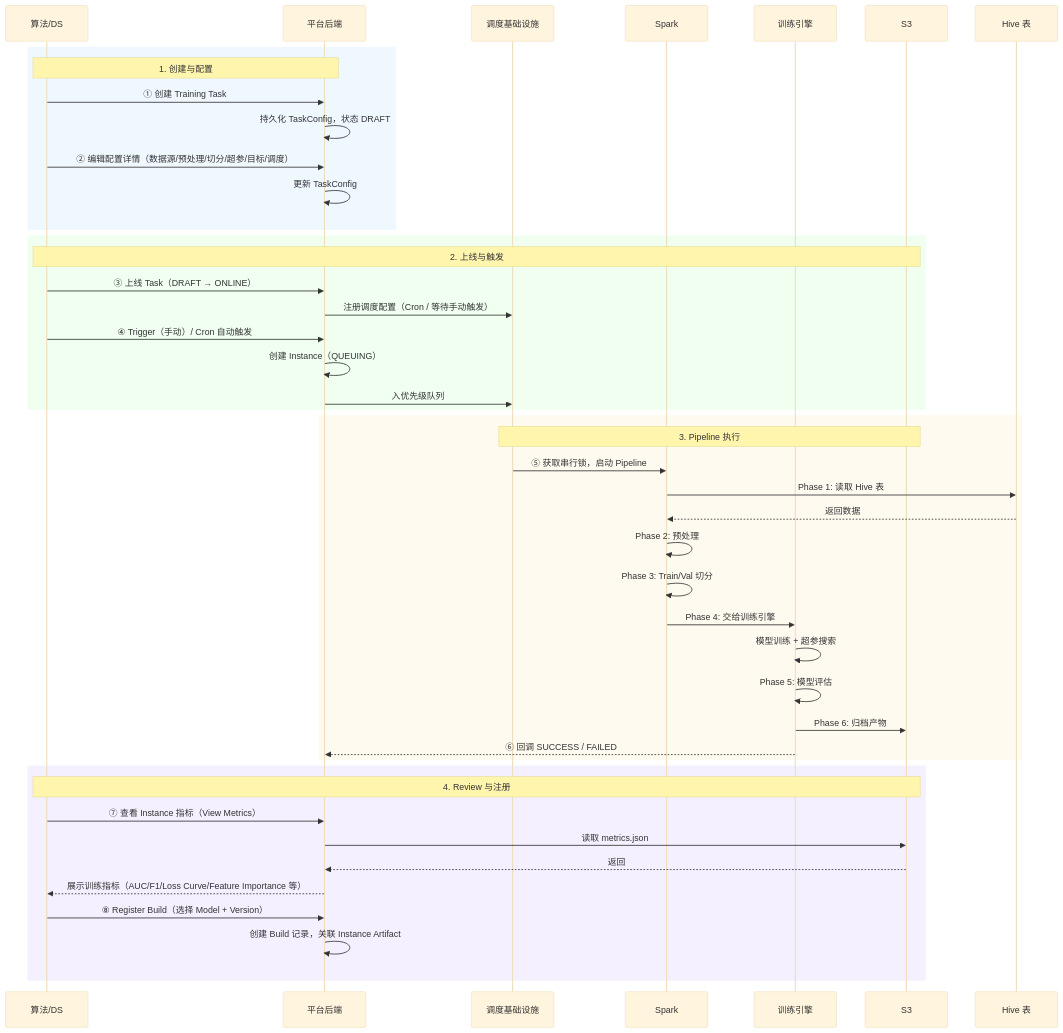
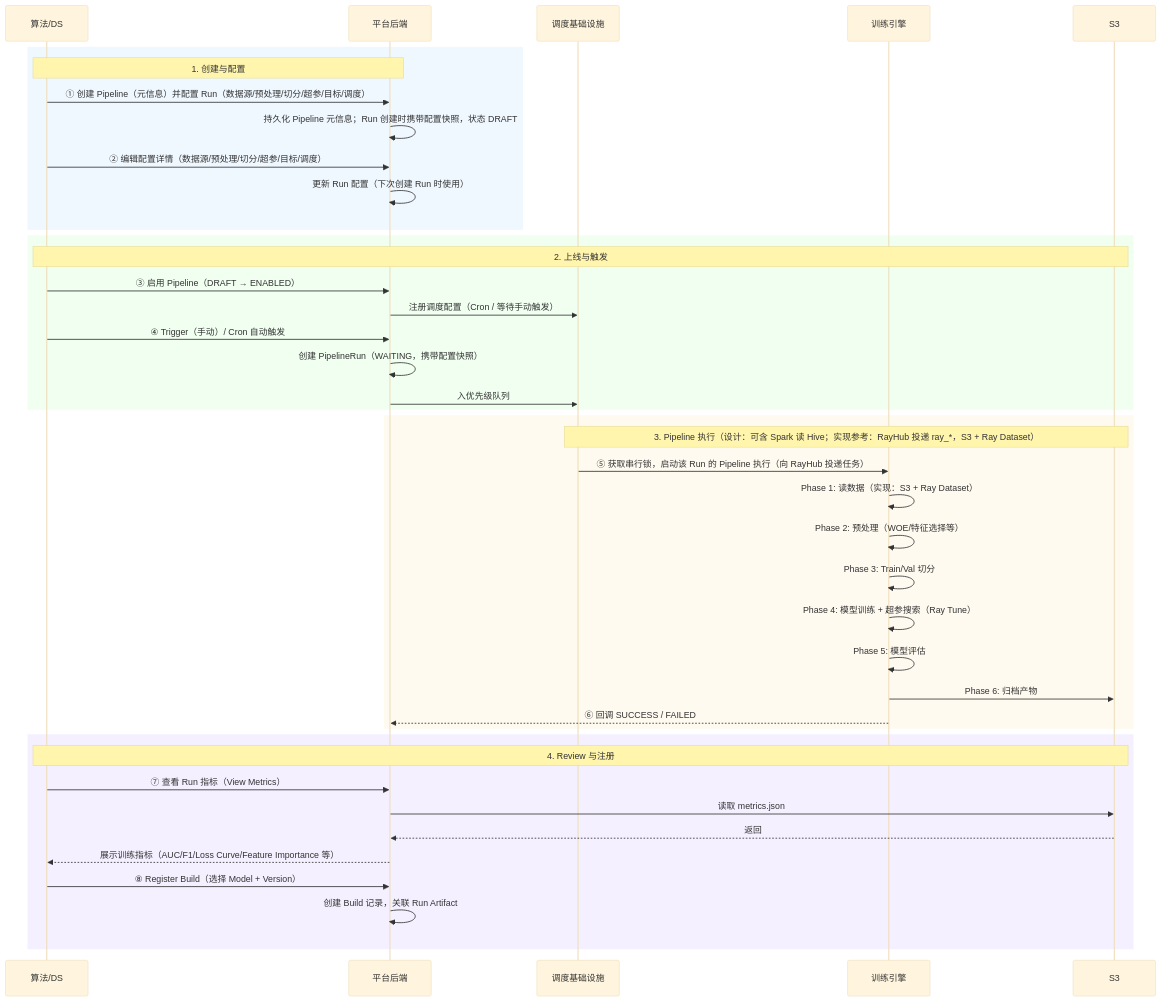
One commit to Cedric-Chan/ModelExperiment changed the sixth of 6 diagrams in docs/architecture/系统架构说明.md. Above: the diagram before and after it, drawn with Mermaid (base theme). The commit also changed other lines of this file and 92 other files, not shown here.

Commit message:
chore: sync docs, pipeline design, risk_model_on_ray and prototypes

````diff
--- a/docs/architecture/系统架构说明.md
+++ b/docs/architecture/系统架构说明.md
@@ -611,51 +610,47 @@
 ```mermaid
 sequenceDiagram
     participant User as 算法/DS
     participant BE as 平台后端
     participant Sched as 调度基础设施
-    participant Spark as Spark
     participant Engine as 训练引擎
     participant S3 as S3
-    participant Hive as Hive 表
 
     rect rgb(240, 248, 255)
         Note over User,BE: 1. 创建与配置
-        User->>BE: ① 创建 Training Task
-        BE->>BE: 持久化 TaskConfig，状态 DRAFT
+        User->>BE: ① 创建 Pipeline（元信息）并配置 Run（数据源/预处理/切分/超参/目标/调度）
+        BE->>BE: 持久化 Pipeline 元信息；Run 创建时携带配置快照，状态 DRAFT
         User->>BE: ② 编辑配置详情（数据源/预处理/切分/超参/目标/调度）
-        BE->>BE: 更新 TaskConfig
+        BE->>BE: 更新 Run 配置（下次创建 Run 时使用）
     end
 
     rect rgb(240, 255, 240)
         Note over User,S3: 2. 上线与触发
-        User->>BE: ③ 上线 Task（DRAFT → ONLINE）
+        User->>BE: ③ 启用 Pipeline（DRAFT → ENABLED）
         BE->>Sched: 注册调度配置（Cron / 等待手动触发）
         User->>BE: ④ Trigger（手动）/ Cron 自动触发
-        BE->>BE: 创建 Instance（QUEUING）
+        BE->>BE: 创建 PipelineRun（WAITING，携带配置快照）
         BE->>Sched: 入优先级队列
     end
 
     rect rgb(255, 250, 240)
-        Note over Sched,S3: 3. Pipeline 执行
-        Sched->>Spark: ⑤ 获取串行锁，启动 Pipeline
-        Spark->>Hive: Phase 1: 读取 Hive 表
-        Hive-->>Spark: 返回数据
-        Spark->>Spark: Phase 2: 预处理
-        Spark->>Spark: Phase 3: Train/Val 切分
-        Spark->>Engine: Phase 4: 交给训练引擎
-        Engine->>Engine: 模型训练 + 超参搜索
+        Note over Sched,S3: 3. Pipeline 执行（设计：可含 Spark 读 Hive；实现参考：RayHub 投递 ray_*，S3 + Ray Dataset）
+        Sched->>Engine: ⑤ 获取串行锁，启动该 Run 的 Pipeline 执行（向 RayHub 投递任务）
+        Engine->>Engine: Phase 1: 读数据（实现：S3 + Ray Dataset）
+        Engine->>Engine: Phase 2: 预处理（WOE/特征选择等）
+        Engine->>Engine: Phase 3: Train/Val 切分
+        Engine->>Engine: Phase 4: 模型训练 + 超参搜索（Ray Tune）
         Engine->>Engine: Phase 5: 模型评估
         Engine->>S3: Phase 6: 归档产物
         Engine-->>BE: ⑥ 回调 SUCCESS / FAILED
     end
 
     rect rgb(245, 240, 255)
         Note over User,S3: 4. Review 与注册
-        User->>BE: ⑦ 查看 Instance 指标（View Metrics）
+        User->>BE: ⑦ 查看 Run 指标（View Metrics）
         BE->>S3: 读取 metrics.json
         S3-->>BE: 返回
         BE-->>User: 展示训练指标（AUC/F1/Loss Curve/Feature Importance 等）
         User->>BE: ⑧ Register Build（选择 Model + Version）
-        BE->>BE: 创建 Build 记录，关联 Instance Artifact
+        BE->>BE: 创建 Build 记录，关联 Run Artifact
     end
 ```
````
